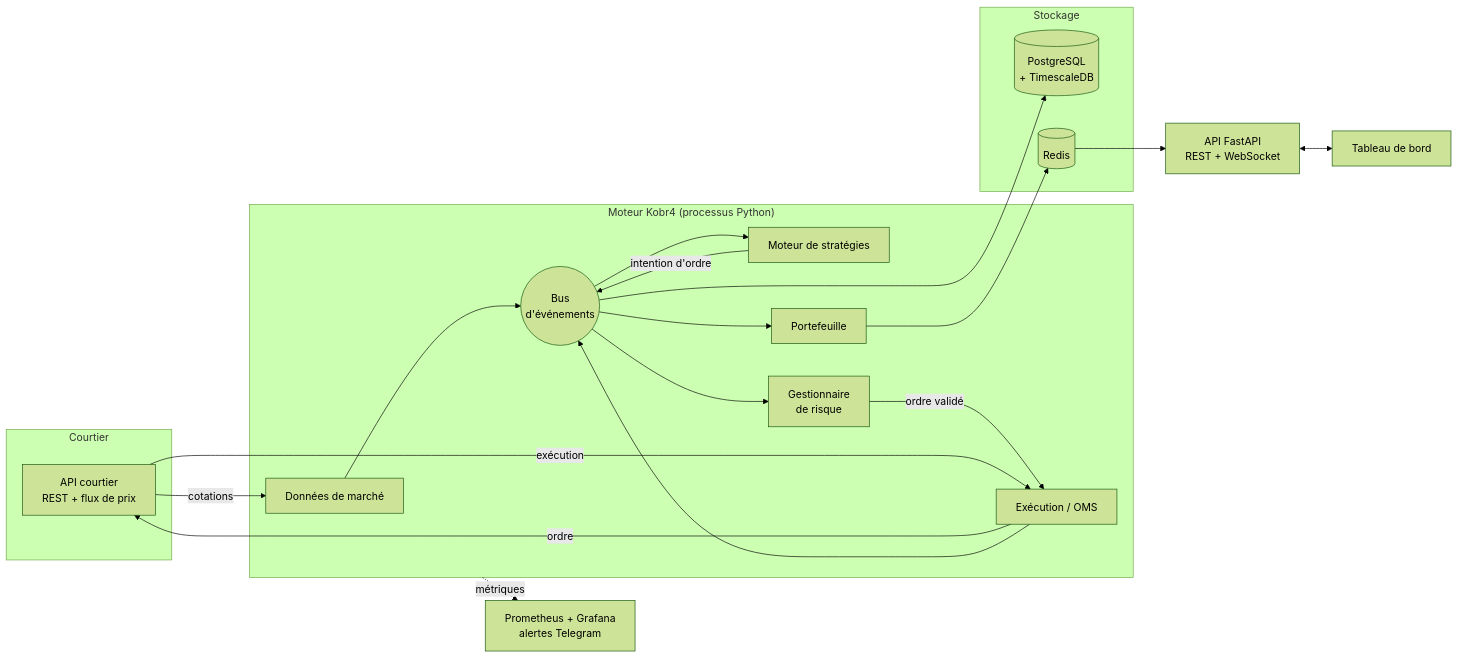
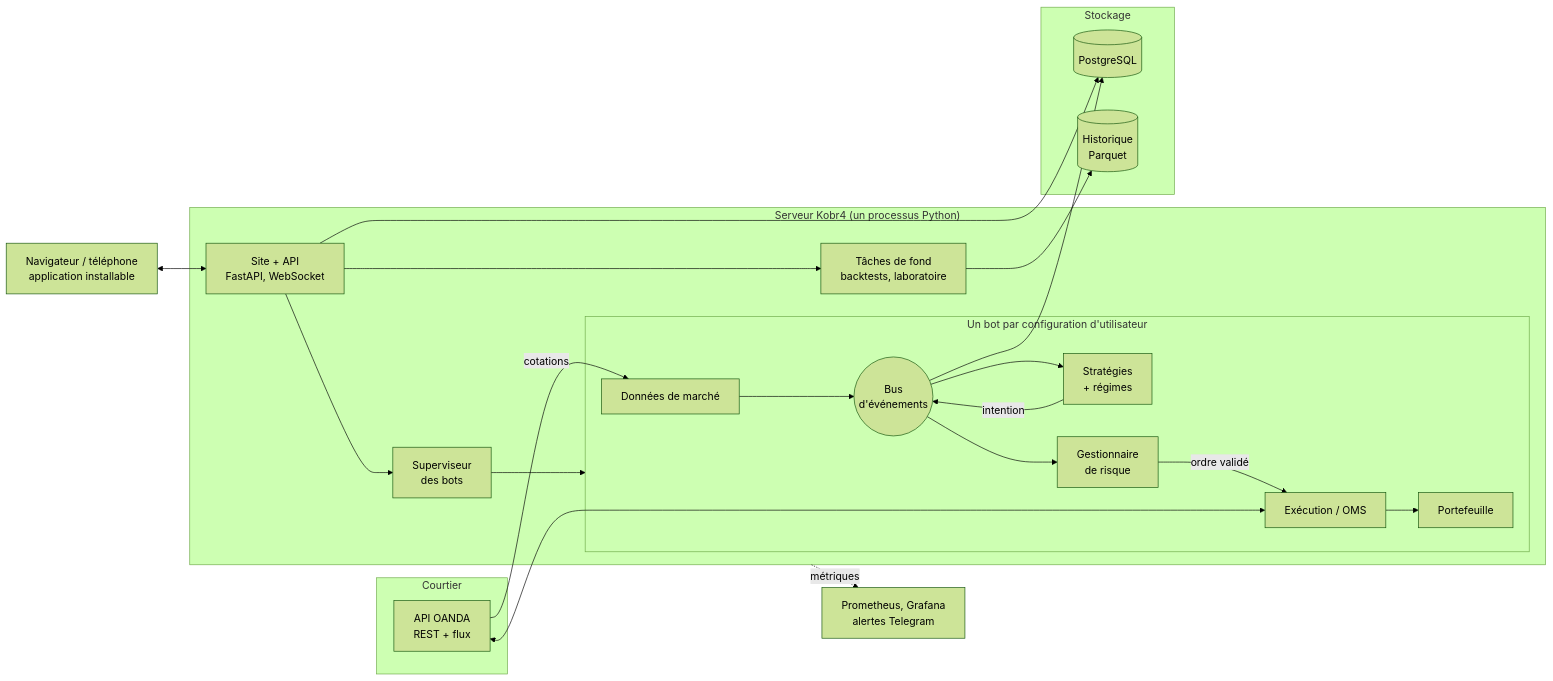
Before and after one commit to Kobr4-7/Kobr4: the first of 5 diagrams in docs/ARCHITECTURE.md, drawn with Mermaid (forest theme). The commit also changed other lines of this file and 34 other files, not shown here.

First line of the commit message:
Phase 7 : intelligence (régimes, répartition du risque, filtre ML, optimisation hebdomadaire)

````diff
--- a/docs/ARCHITECTURE.md
+++ b/docs/ARCHITECTURE.md
@@ -33,40 +33,39 @@
 ```mermaid
 flowchart LR
     subgraph Courtier
-        BAPI[API courtier<br/>REST + flux de prix]
+        BAPI[API OANDA<br/>REST + flux]
     end
 
-    subgraph Bot["Moteur Kobr4 (processus Python)"]
-        MD[Données de marché]
-        BUS((Bus<br/>d'événements))
-        STRAT[Moteur de stratégies]
-        RISK[Gestionnaire<br/>de risque]
-        OMS[Exécution / OMS]
-        PF[Portefeuille]
+    subgraph Serveur["Serveur Kobr4 (un processus Python)"]
+        WEB[Site + API<br/>FastAPI, WebSocket]
+        SUP[Superviseur<br/>des bots]
+        subgraph Bot["Un bot par configuration d'utilisateur"]
+            MD[Données de marché]
+            BUS((Bus<br/>d'événements))
+            STRAT[Stratégies<br/>+ régimes]
+            RISK[Gestionnaire<br/>de risque]
+            OMS[Exécution / OMS]
+            PF[Portefeuille]
+        end
+        JOBS[Tâches de fond<br/>backtests, laboratoire]
     end
 
     subgraph Stockage
-        DB[(PostgreSQL<br/>+ TimescaleDB)]
-        REDIS[(Redis)]
+        DB[(PostgreSQL)]
+        PQ[(Historique<br/>Parquet)]
     end
 
-    API[API FastAPI<br/>REST + WebSocket]
-    UI[Tableau de bord]
-    MON[Prometheus + Grafana<br/>alertes Telegram]
+    UI[Navigateur / téléphone<br/>application installable]
+    MON[Prometheus, Grafana<br/>alertes Telegram]
 
-    BAPI -- cotations --> MD
-    MD --> BUS
-    BUS --> STRAT
-    STRAT -- intention d'ordre --> BUS
-    BUS --> RISK
-    RISK -- ordre validé --> OMS
-    OMS -- ordre --> BAPI
-    BAPI -- exécution --> OMS
-    OMS --> BUS
-    BUS --> PF
+    UI <--> WEB
+    WEB --> SUP --> Bot
+    WEB --> JOBS --> PQ
+    BAPI -- cotations --> MD --> BUS --> STRAT
+    STRAT -- intention --> BUS --> RISK -- ordre validé --> OMS
+    OMS <--> BAPI
+    OMS --> PF
     BUS --> DB
-    PF --> REDIS
-    REDIS --> API
-    API <--> UI
-    Bot -. métriques .-> MON
+    WEB --> DB
+    Serveur -. métriques .-> MON
 ```
````
